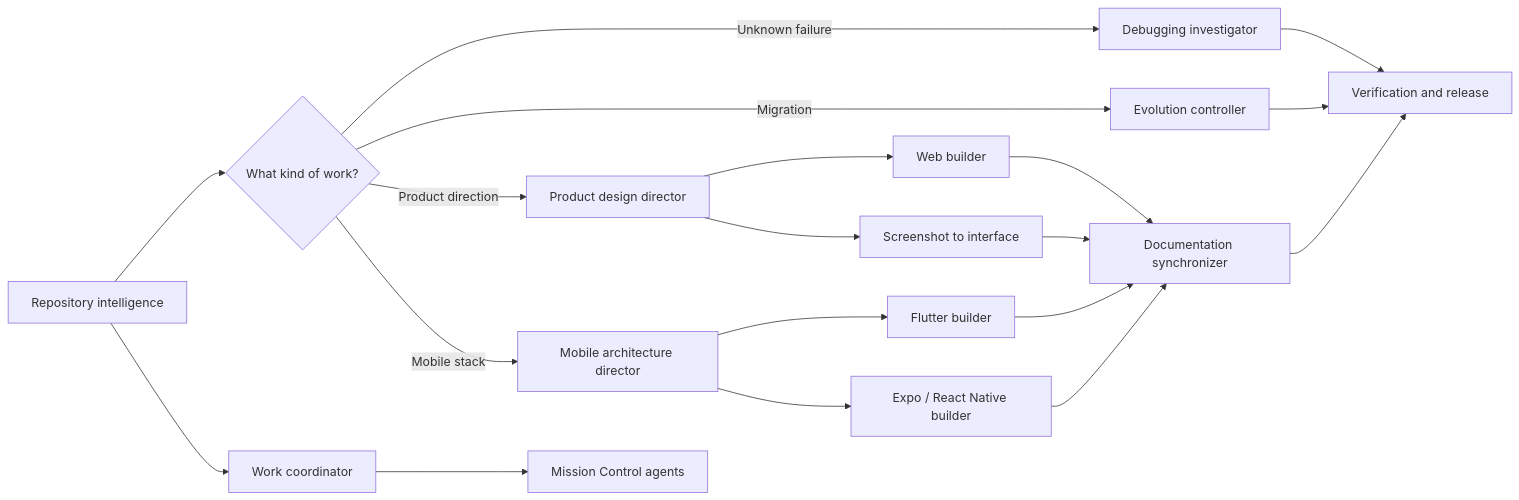
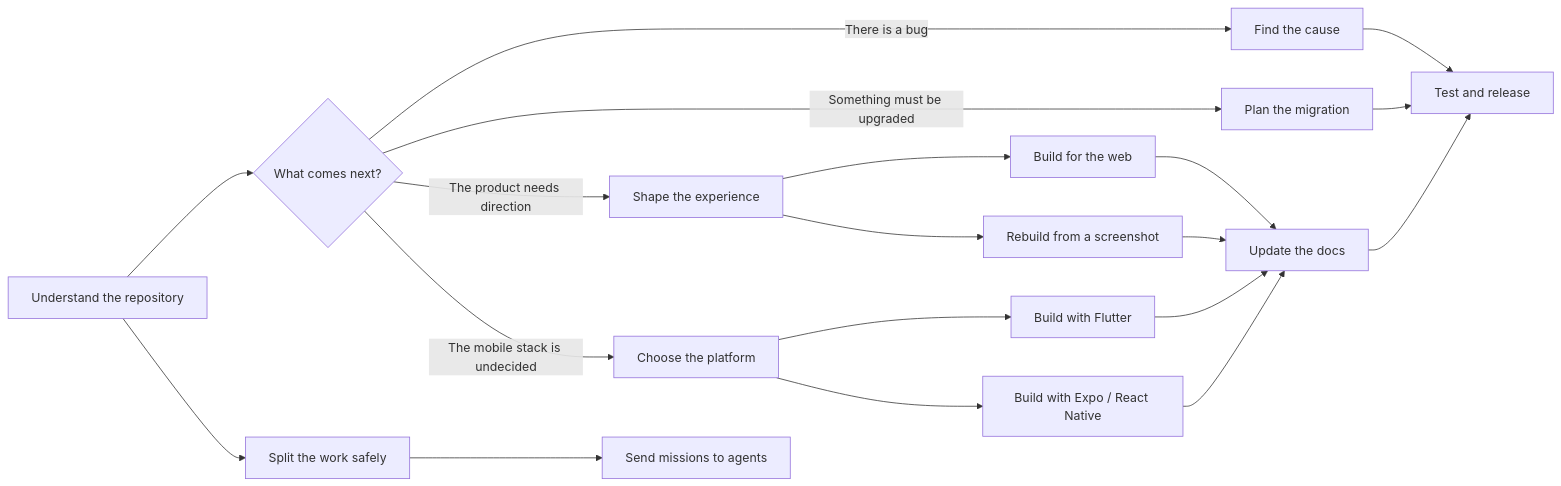
The diagram in README.md (cmdr-chara/codex-toolkit), drawn with Mermaid before and after one commit. The commit also changed other lines of this file, not shown here.

````diff
--- a/README.md
+++ b/README.md
@@ -34,21 +70,21 @@
 ```mermaid
 flowchart LR
-    RI["Repository intelligence"] --> DECIDE{"What kind of work?"}
-    DECIDE -->|"Unknown failure"| DEBUG["Debugging investigator"]
-    DECIDE -->|"Migration"| EVOLVE["Evolution controller"]
-    DECIDE -->|"Product direction"| DESIGN["Product design director"]
-    DECIDE -->|"Mobile stack"| MOBILE["Mobile architecture director"]
-    DESIGN --> WEB["Web builder"]
-    DESIGN --> SHOT["Screenshot to interface"]
-    MOBILE --> FLUTTER["Flutter builder"]
-    MOBILE --> EXPO["Expo / React Native builder"]
-    RI --> COORD["Work coordinator"]
-    COORD --> MC["Mission Control agents"]
-    DEBUG --> VERIFY["Verification and release"]
+    RI["Understand the repository"] --> DECIDE{"What comes next?"}
+    DECIDE -->|"There is a bug"| DEBUG["Find the cause"]
+    DECIDE -->|"Something must be upgraded"| EVOLVE["Plan the migration"]
+    DECIDE -->|"The product needs direction"| DESIGN["Shape the experience"]
+    DECIDE -->|"The mobile stack is undecided"| MOBILE["Choose the platform"]
+    DESIGN --> WEB["Build for the web"]
+    DESIGN --> SHOT["Rebuild from a screenshot"]
+    MOBILE --> FLUTTER["Build with Flutter"]
+    MOBILE --> EXPO["Build with Expo / React Native"]
+    RI --> COORD["Split the work safely"]
+    COORD --> MC["Send missions to agents"]
+    DEBUG --> VERIFY["Test and release"]
     EVOLVE --> VERIFY
-    WEB --> DOCS["Documentation synchronizer"]
+    WEB --> DOCS["Update the docs"]
     SHOT --> DOCS
     FLUTTER --> DOCS
     EXPO --> DOCS
     DOCS --> VERIFY
 ```
````
